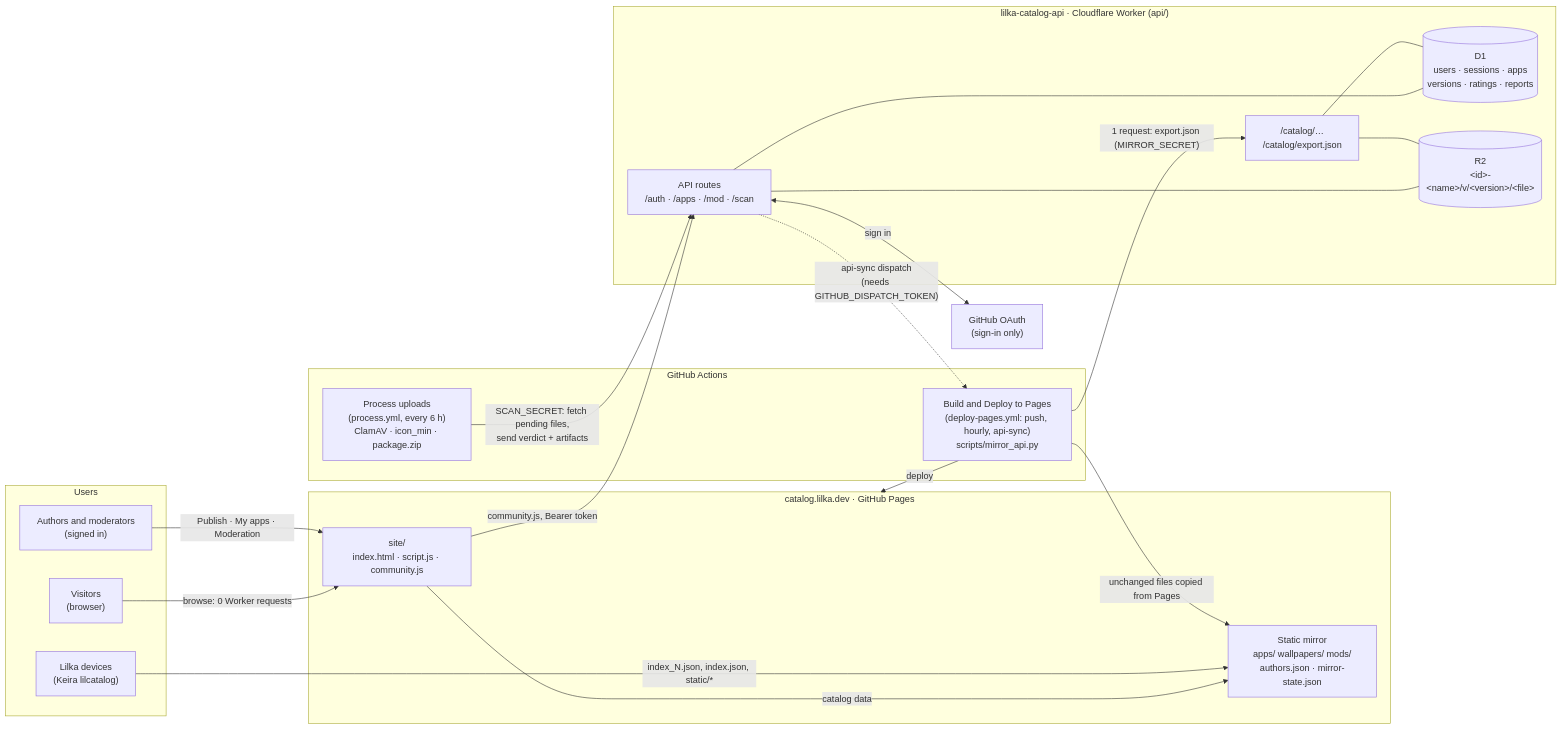
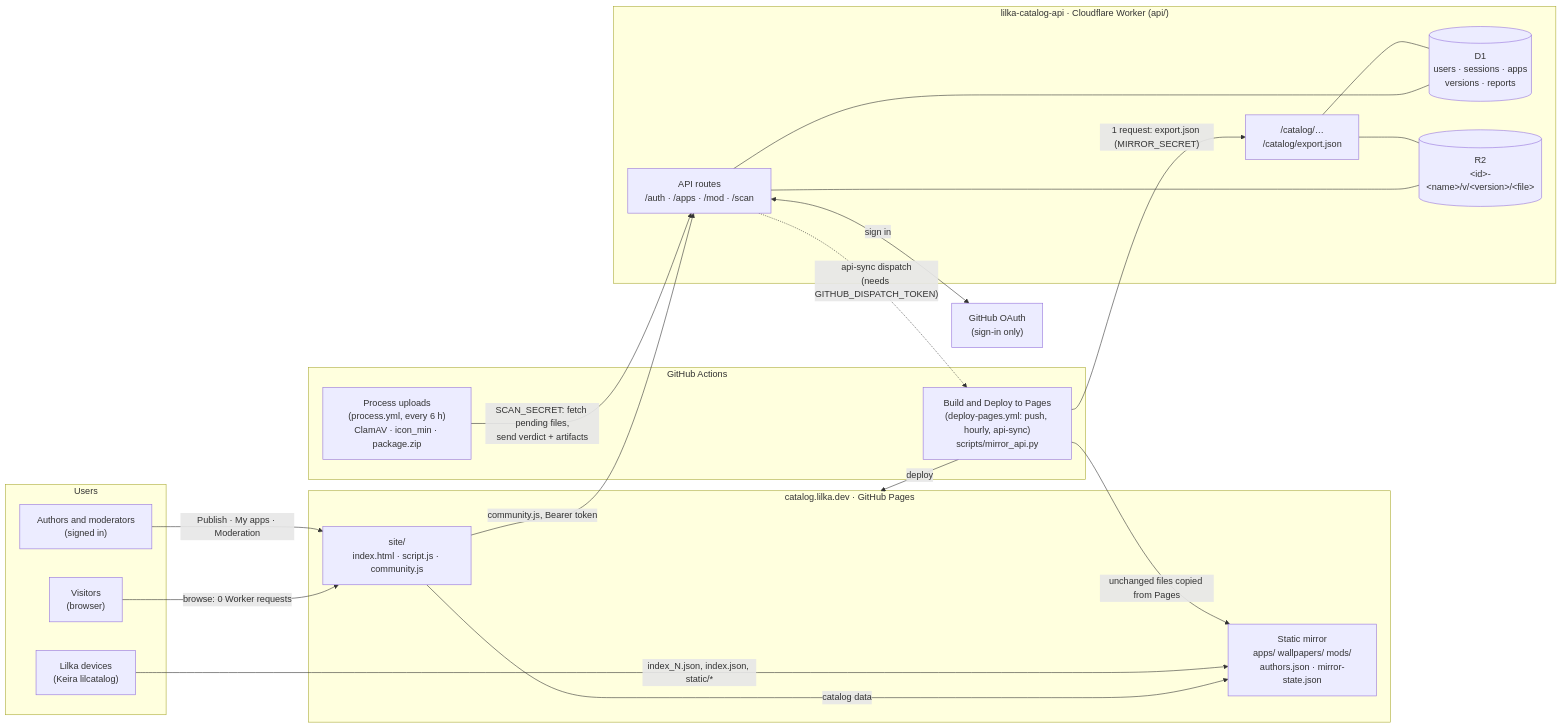
The first of 3 diagrams in api/README.md (lilka-dev/catalog), drawn with Mermaid before and after one commit. The commit also changed other lines of this file and 9 other files, not shown here.

````diff
--- a/api/README.md
+++ b/api/README.md
@@ -9,45 +9,45 @@
 ```mermaid
 flowchart LR
     subgraph Users
         V["Visitors<br/>(browser)"]
         A["Authors and moderators<br/>(signed in)"]
         K["Lilka devices<br/>(Keira lilcatalog)"]
     end
 
     subgraph Pages["catalog.lilka.dev · GitHub Pages"]
         SITE["site/<br/>index.html · script.js · community.js"]
         MIRROR["Static mirror<br/>apps/ wallpapers/ mods/<br/>authors.json · mirror-state.json"]
     end
 
     subgraph CF["lilka-catalog-api · Cloudflare Worker (api/)"]
         API["API routes<br/>/auth · /apps · /mod · /scan"]
         CAT["/catalog/…<br/>/catalog/export.json"]
-        D1[("D1<br/>users · sessions · apps<br/>versions · ratings · reports")]
+        D1[("D1<br/>users · sessions · apps<br/>versions · reports")]
         R2[("R2<br/>&lt;id&gt;-&lt;name&gt;/v/&lt;version&gt;/&lt;file&gt;")]
     end
 
     subgraph GH["GitHub Actions"]
         PROC["Process uploads<br/>(process.yml, every 6 h)<br/>ClamAV · icon_min · package.zip"]
         DEPLOY["Build and Deploy to Pages<br/>(deploy-pages.yml: push, hourly, api-sync)<br/>scripts/mirror_api.py"]
     end
 
     GITHUB["GitHub OAuth<br/>(sign-in only)"]
 
     V -->|"browse: 0 Worker requests"| SITE
     SITE -->|"catalog data"| MIRROR
     K -->|"index_N.json, index.json, static/*"| MIRROR
 
     A -->|"Publish · My apps · Moderation"| SITE
     SITE -->|"community.js, Bearer token"| API
     API <-->|"sign in"| GITHUB
     API --- D1
     API --- R2
     CAT --- D1
     CAT --- R2
 
     PROC -->|"SCAN_SECRET: fetch pending files,<br/>send verdict + artifacts"| API
     DEPLOY -->|"1 request: export.json (MIRROR_SECRET)"| CAT
     DEPLOY -->|"unchanged files copied from Pages"| MIRROR
     DEPLOY -->|"deploy"| Pages
     API -.->|"api-sync dispatch<br/>(needs GITHUB_DISPATCH_TOKEN)"| DEPLOY
 ```
````
